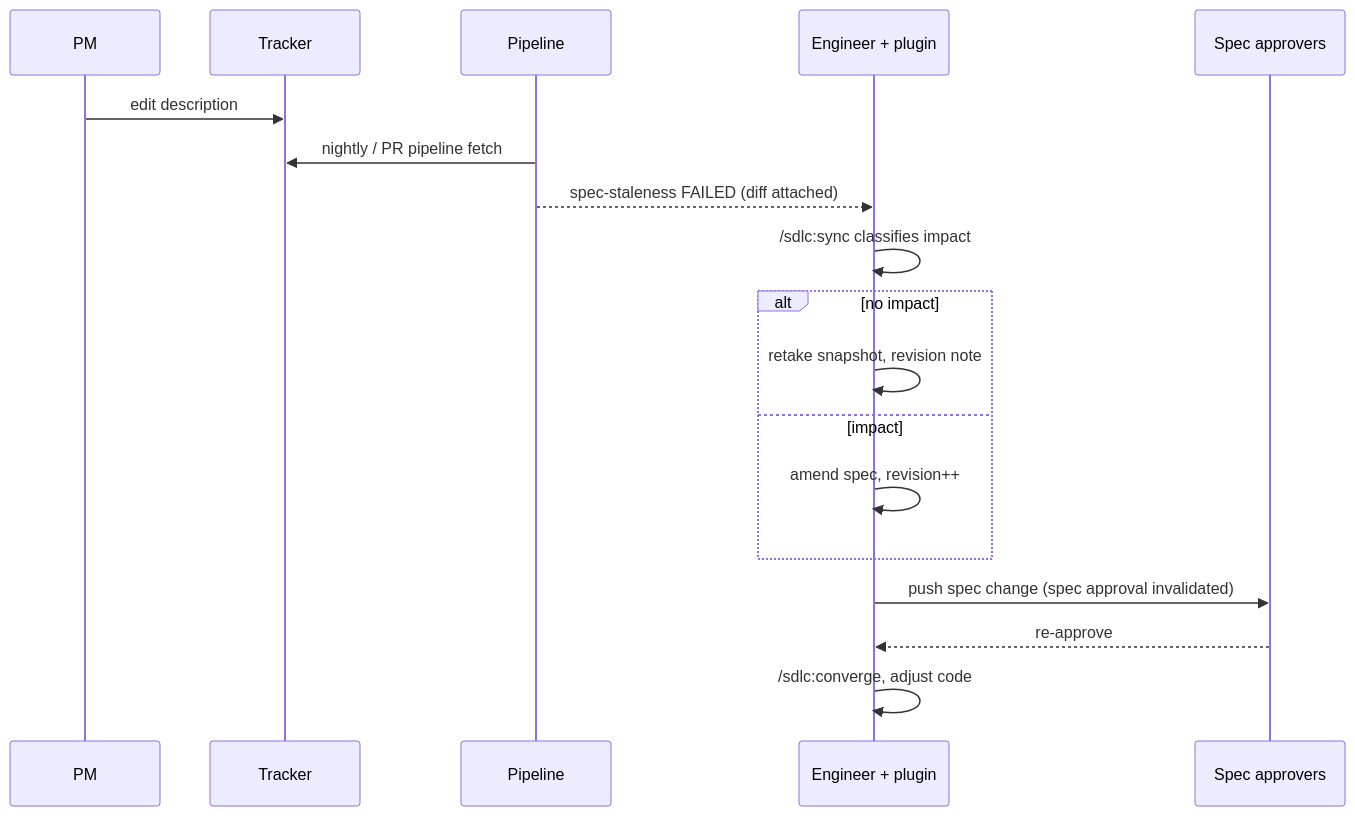
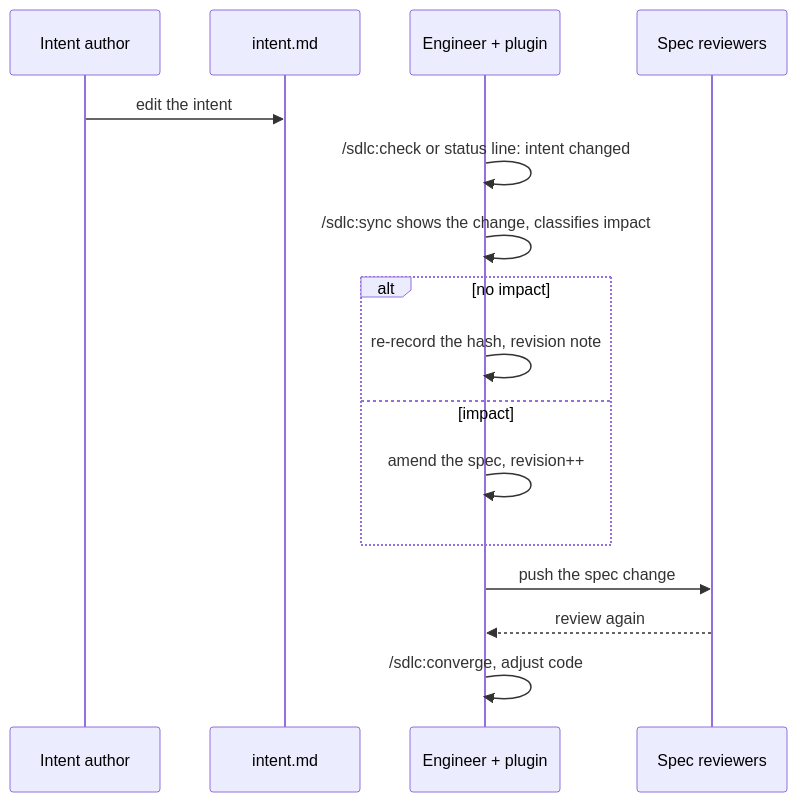
Before and after one commit to AshDevFr/claude-plugin-sdlc: the third of 3 diagrams in docs/workflow.md, drawn with Mermaid. The commit also changed other lines of this file and 1 other file, not shown here.

First line of the commit message:
docs: rewrite the workflow as guidance for the intent-first plugin

````diff
--- a/docs/workflow.md
+++ b/docs/workflow.md
@@ -505,21 +443,19 @@
 ```mermaid
 sequenceDiagram
-    participant PM
-    participant Ticket as Tracker
-    participant CI as Pipeline
+    participant Author as Intent author
+    participant Repo as intent.md
     participant Eng as Engineer + plugin
-    participant Appr as Spec approvers
+    participant Rev as Spec reviewers
 
-    PM->>Ticket: edit description
-    CI->>Ticket: nightly / PR pipeline fetch
-    CI-->>Eng: spec-staleness FAILED (diff attached)
-    Eng->>Eng: /sdlc:sync classifies impact
+    Author->>Repo: edit the intent
+    Eng->>Eng: /sdlc:check or status line: intent changed
+    Eng->>Eng: /sdlc:sync shows the change, classifies impact
     alt no impact
-        Eng->>Eng: retake snapshot, revision note
+        Eng->>Eng: re-record the hash, revision note
     else impact
-        Eng->>Eng: amend spec, revision++
+        Eng->>Eng: amend the spec, revision++
     end
-    Eng->>Appr: push spec change (spec approval invalidated)
-    Appr-->>Eng: re-approve
+    Eng->>Rev: push the spec change
+    Rev-->>Eng: review again
     Eng->>Eng: /sdlc:converge, adjust code
 ```
````
